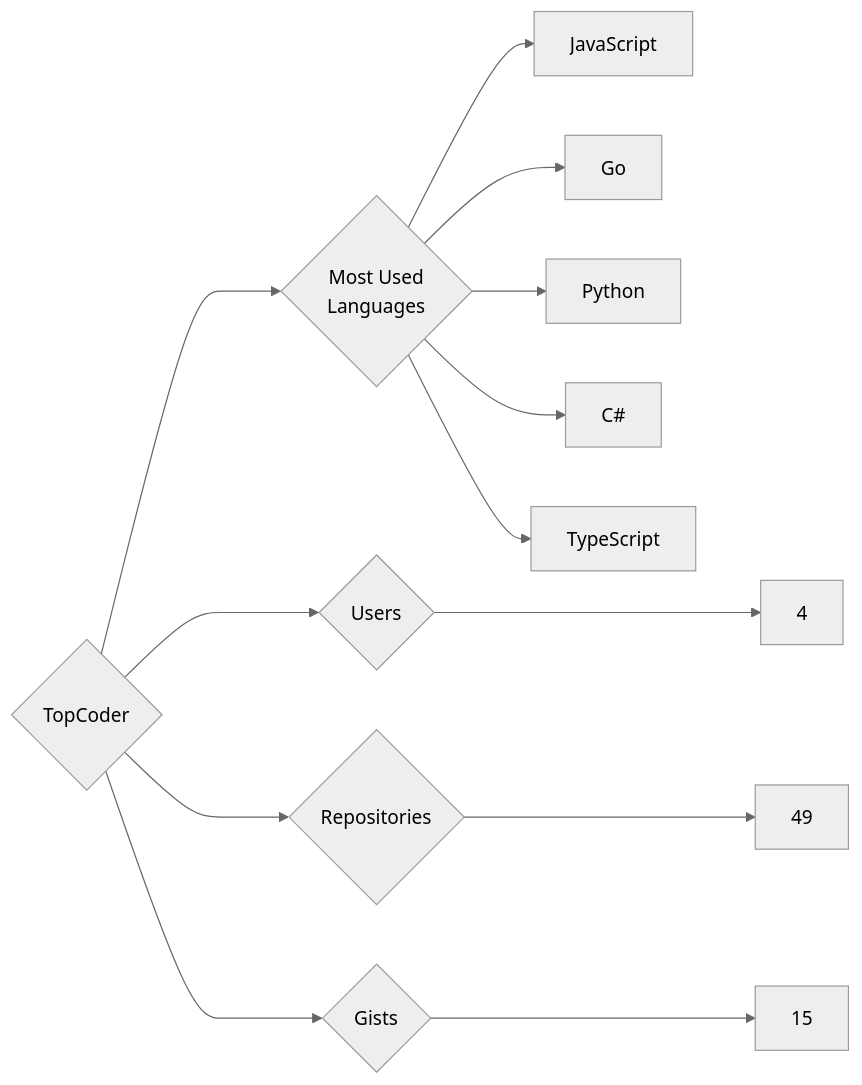
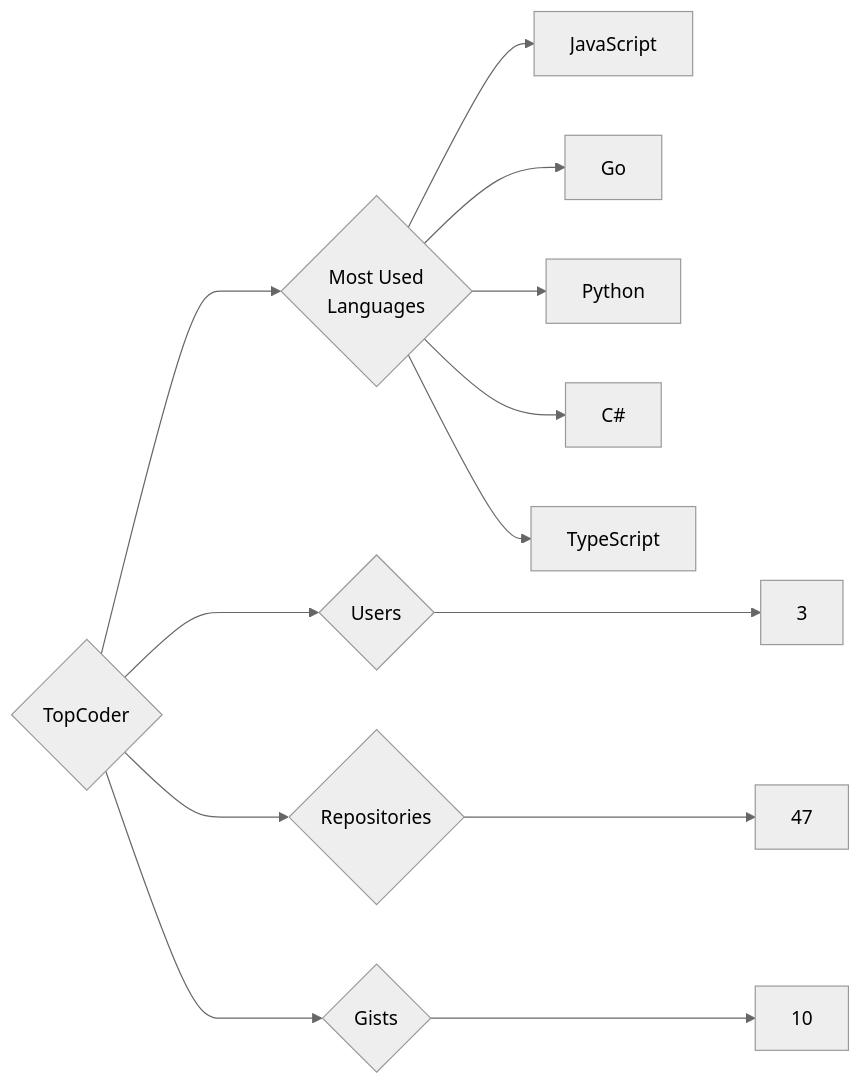
One commit to trickest/insiders changed the diagram in targets/TopCoder/README.md. Above: the diagram before and after it, drawn with Mermaid (neutral theme). The commit also changed 1496 other files, not shown here.

````diff
--- a/targets/TopCoder/README.md
+++ b/targets/TopCoder/README.md
@@ -3,13 +3,13 @@
 ```mermaid
 graph LR
 COMPANY_NAME{TopCoder}
-COMPANY_NAME ---> U{Users} ---> UN[4]
-COMPANY_NAME ---> R{Repositories} ---> RN[49]
-COMPANY_NAME ---> G{Gists} ---> GN[15]
+COMPANY_NAME ---> U{Users} ---> UN[3]
+COMPANY_NAME ---> R{Repositories} ---> RN[47]
+COMPANY_NAME ---> G{Gists} ---> GN[10]
 COMPANY_NAME ---> ML{Most Used<br>Languages}
 ML --> JavaScript[JavaScript]
 ML --> Go[Go]
 ML --> Python[Python]
 ML --> C#[C#]
 ML --> TypeScript[TypeScript]
 ```
````
